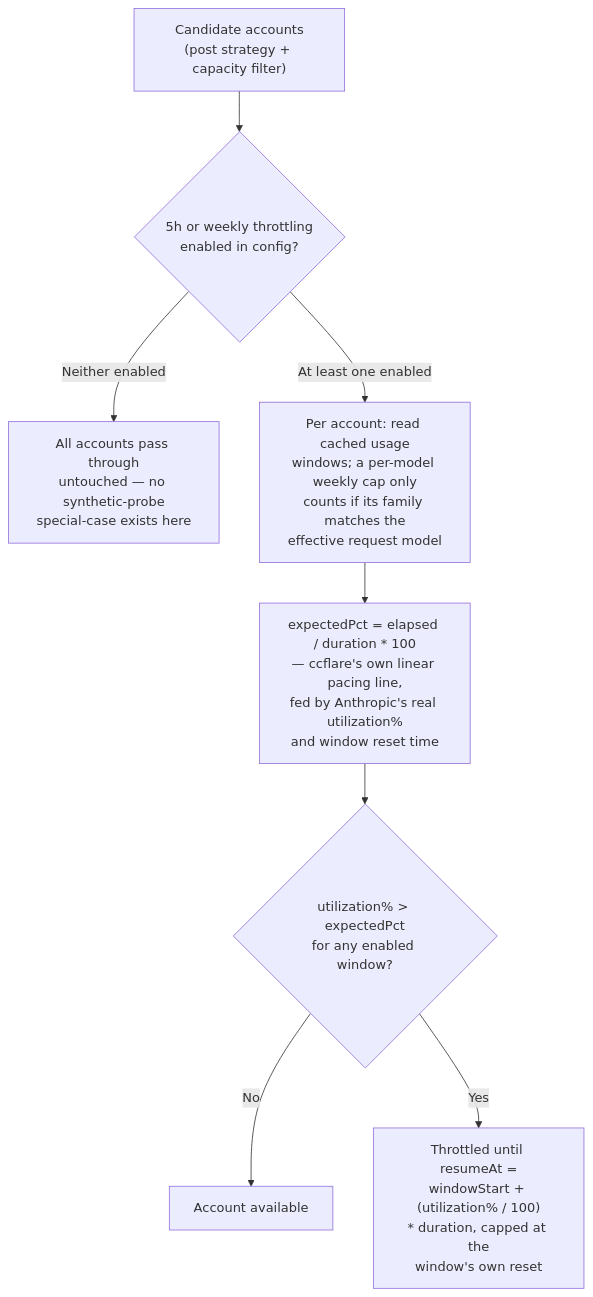
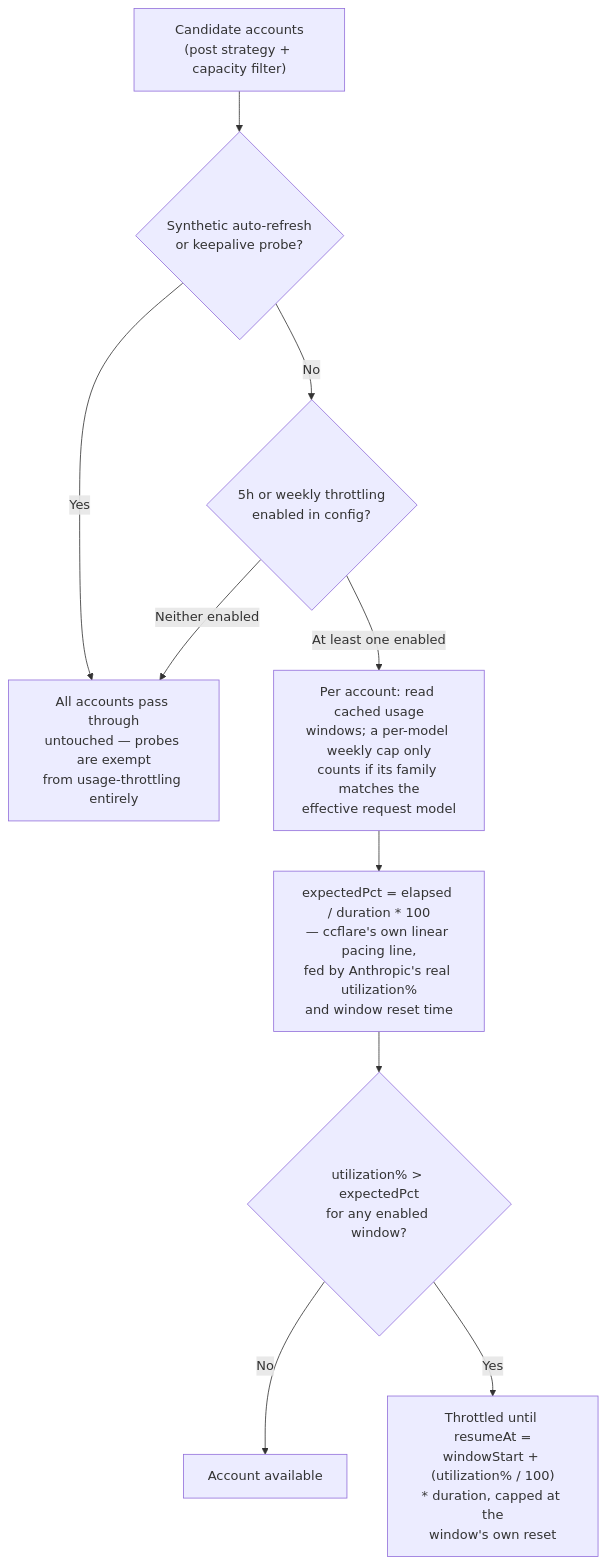
One commit to tombii/better-ccflare changed the sixth of 8 diagrams in docs/routing-architecture.md. Above: the diagram before and after it, drawn with Mermaid. The commit also changed other lines of this file, not shown here.

Commit message:
fix: update routing-architecture doc for main's synthetic-probe throttle exemption [skip-version]
PR #331 (merged into main after this branch forked) added an explicit
auto-refresh/keepalive exemption to applyUsageThrottling. The doc's
Usage Throttling section previously asserted the opposite ("no special
exemption... no synthetic-probe special-case exists here"), which is
now stale against main. Updated the prose and flowchart to reflect the
exemption.

````diff
--- a/docs/routing-architecture.md
+++ b/docs/routing-architecture.md
@@ -132,10 +132,12 @@
 ```mermaid
 flowchart TD
-    A["Candidate accounts<br/>(post strategy + capacity filter)"] --> B{"5h or weekly throttling<br/>enabled in config?"}
-    B -->|"Neither enabled"| C["All accounts pass through<br/>untouched — no synthetic-probe<br/>special-case exists here"]
+    A["Candidate accounts<br/>(post strategy + capacity filter)"] --> A2{"Synthetic auto-refresh<br/>or keepalive probe?"}
+    A2 -->|"Yes"| C["All accounts pass through<br/>untouched — probes are exempt<br/>from usage-throttling entirely"]
+    A2 -->|"No"| B{"5h or weekly throttling<br/>enabled in config?"}
+    B -->|"Neither enabled"| C
     B -->|"At least one enabled"| D["Per account: read cached usage<br/>windows; a per-model weekly cap only<br/>counts if its family matches the<br/>effective request model"]
     D --> E["expectedPct = elapsed / duration * 100<br/>— ccflare's own linear pacing line,<br/>fed by Anthropic's real utilization%<br/>and window reset time"]
     E --> F{"utilization% > expectedPct<br/>for any enabled window?"}
     F -->|"No"| G["Account available"]
     F -->|"Yes"| H["Throttled until resumeAt =<br/>windowStart + (utilization% / 100)<br/>* duration, capped at the<br/>window's own reset"]
 ```
````
